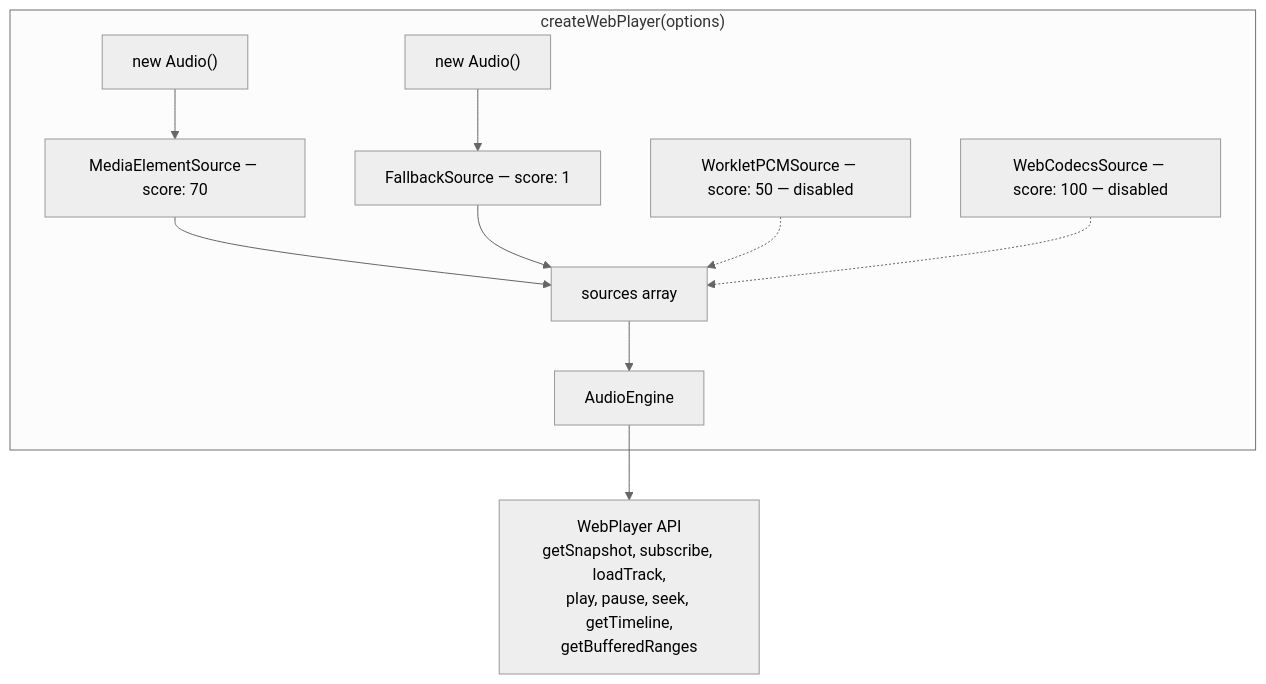
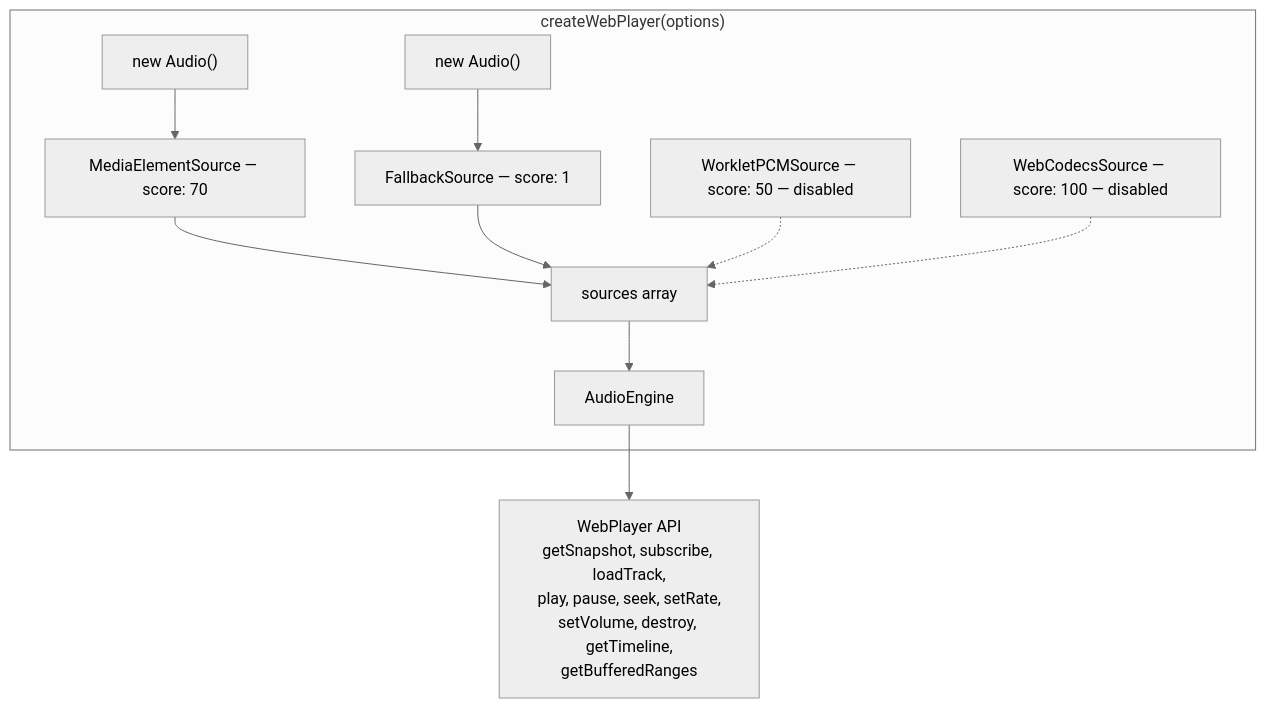
One commit to kalynbeach/kkb changed the fourth of 4 diagrams in docs/diagrams/2026-03-10-web-audio-player-architecture.md. Above: the diagram before and after it, drawn with Mermaid (neutral theme). The commit also changed other lines of this file and 27 other files, not shown here.

````diff
--- a/docs/diagrams/2026-03-10-web-audio-player-architecture.md
+++ b/docs/diagrams/2026-03-10-web-audio-player-architecture.md
@@ -213,18 +235,18 @@
 ```mermaid
 flowchart TB
     subgraph Factory["createWebPlayer(options)"]
         ME["new Audio()"] --> MES["MediaElementSource — score: 70"]
         FE["new Audio()"] --> FS["FallbackSource — score: 1"]
         WPS["WorkletPCMSource — score: 50 — disabled"]
         WCS["WebCodecsSource — score: 100 — disabled"]
 
         MES --> SRC["sources array"]
         FS --> SRC
         WPS -.-> SRC
         WCS -.-> SRC
 
         SRC --> ENG["AudioEngine"]
     end
 
-    ENG --> API["WebPlayer API<br/>getSnapshot, subscribe, loadTrack,<br/>play, pause, seek, getTimeline,<br/>getBufferedRanges"]
+    ENG --> API["WebPlayer API<br/>getSnapshot, subscribe, loadTrack,<br/>play, pause, seek, setRate,<br/>setVolume, destroy, getTimeline,<br/>getBufferedRanges"]
 ```
````
